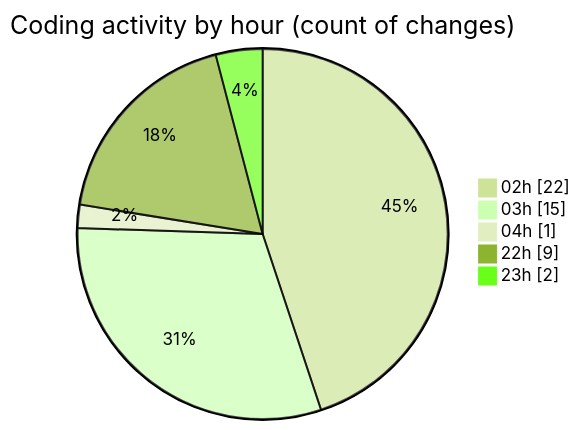
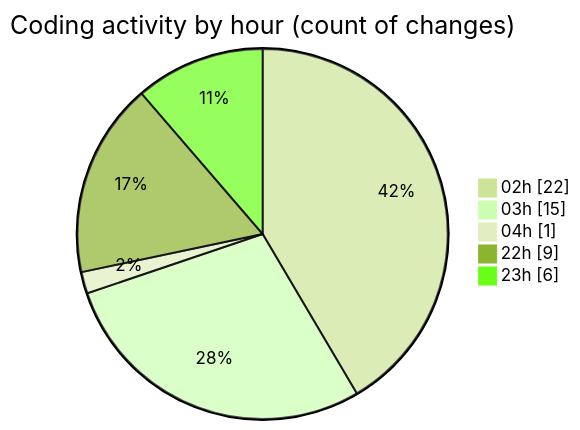
The second of 2 diagrams in 2025-07-11/ribbon/README.md (EIIisD/code-tracking), drawn with Mermaid (forest theme) before and after one commit. The commit also changed other lines of this file and 1 other file, not shown here.

````diff
--- a/2025-07-11/ribbon/README.md
+++ b/2025-07-11/ribbon/README.md
@@ -45,9 +46,9 @@
 ```mermaid
 pie showData
 title Coding activity by hour (count of changes)
 "02h" : 22
 "03h" : 15
 "04h" : 1
 "22h" : 9
-"23h" : 2
+"23h" : 6
 ```
````
